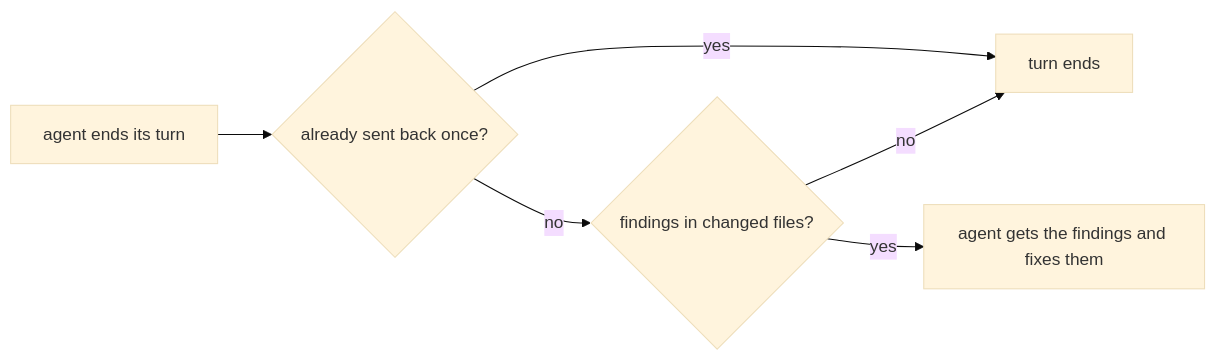
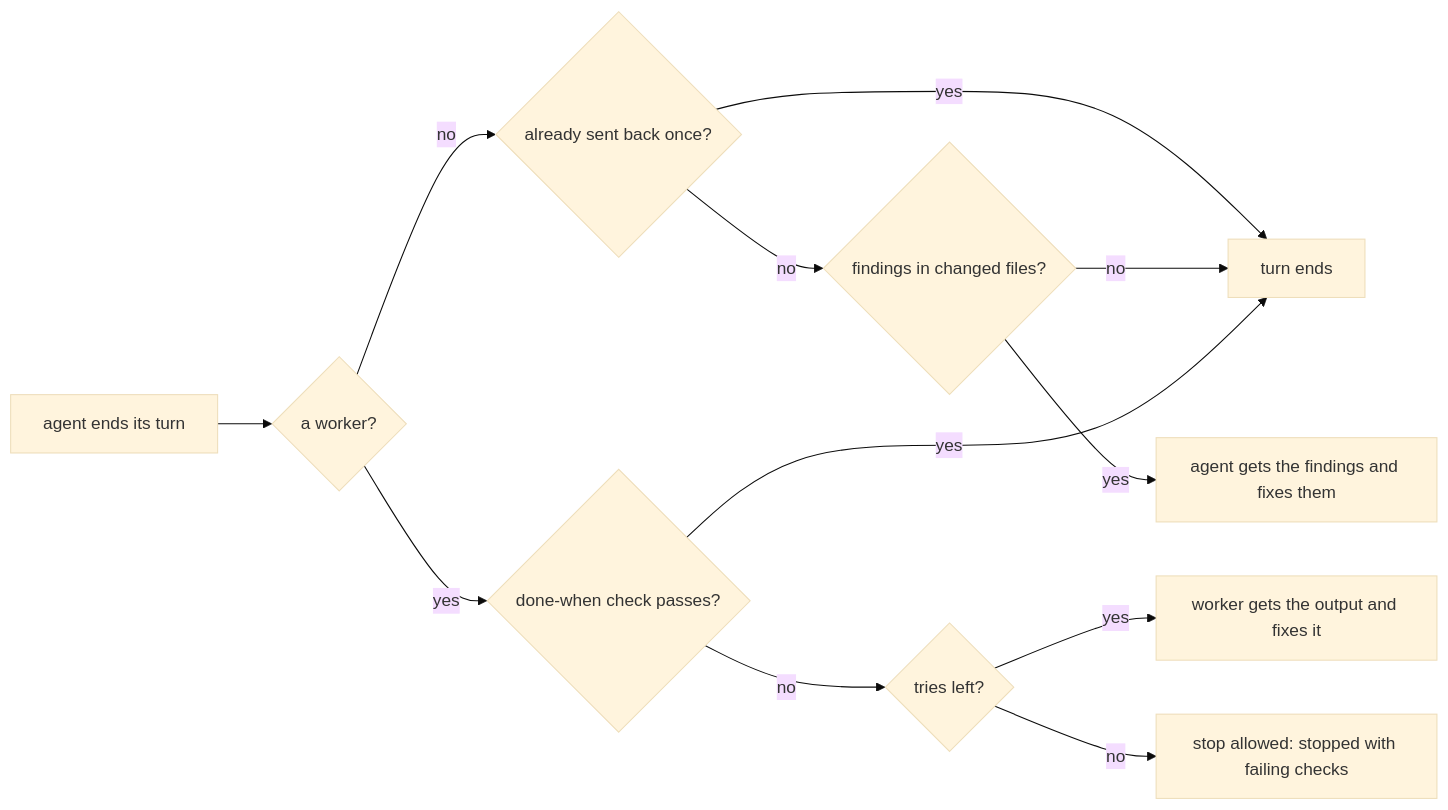
One commit to coo1white/yokoten changed the second of 3 diagrams in docs/guide.md. Above: the diagram before and after it, drawn with Mermaid (base theme). The commit also changed other lines of this file and 16 other files, not shown here.

First line of the commit message:
feat: a worker is done only when the checker passes

````diff
--- a/docs/guide.md
+++ b/docs/guide.md
@@ -944,8 +948,14 @@
 ```mermaid
 flowchart LR
-  S["agent ends its turn"] --> A{"already sent back once?"}
+  S["agent ends its turn"] --> W{"a worker?"}
+  W -- no --> A{"already sent back once?"}
   A -- yes --> E["turn ends"]
   A -- no --> C{"findings in changed files?"}
   C -- no --> E
   C -- yes --> B["agent gets the findings and fixes them"]
+  W -- yes --> D{"done-when check passes?"}
+  D -- yes --> E
+  D -- no --> T{"tries left?"}
+  T -- yes --> F["worker gets the output and fixes it"]
+  T -- no --> X["stop allowed: stopped with failing checks"]
 ```
````
